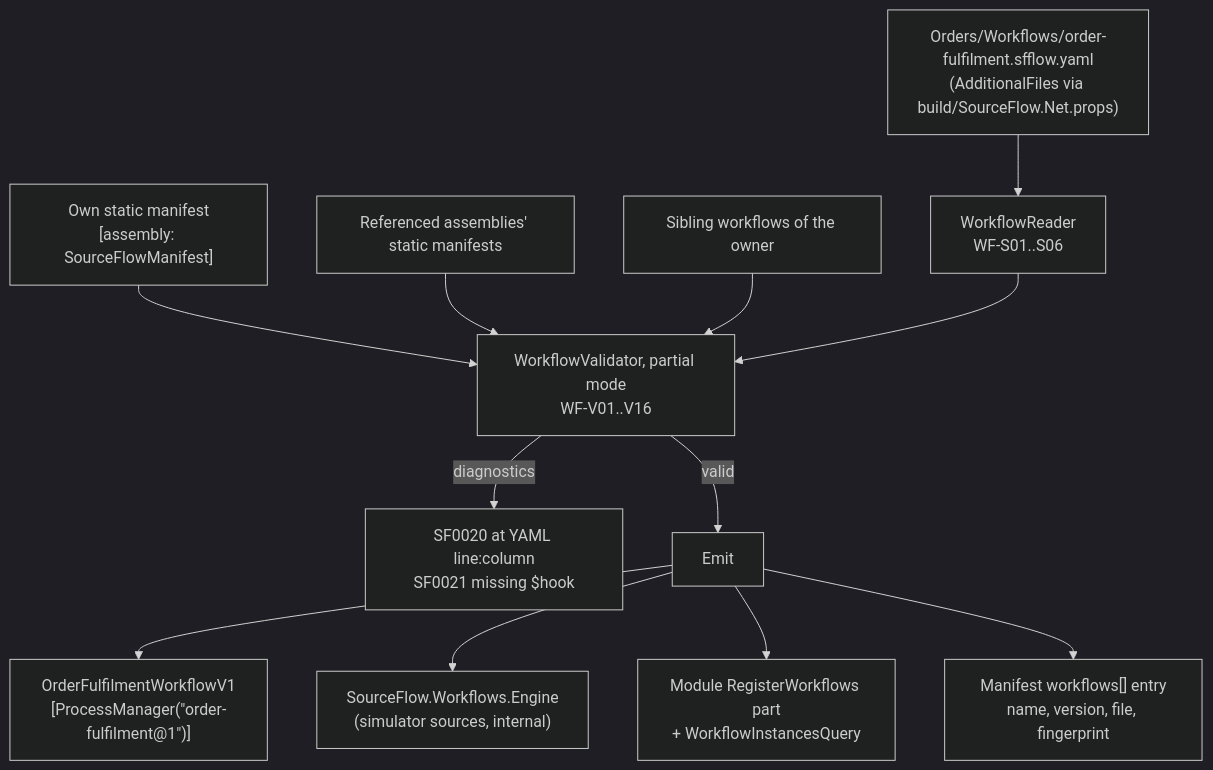
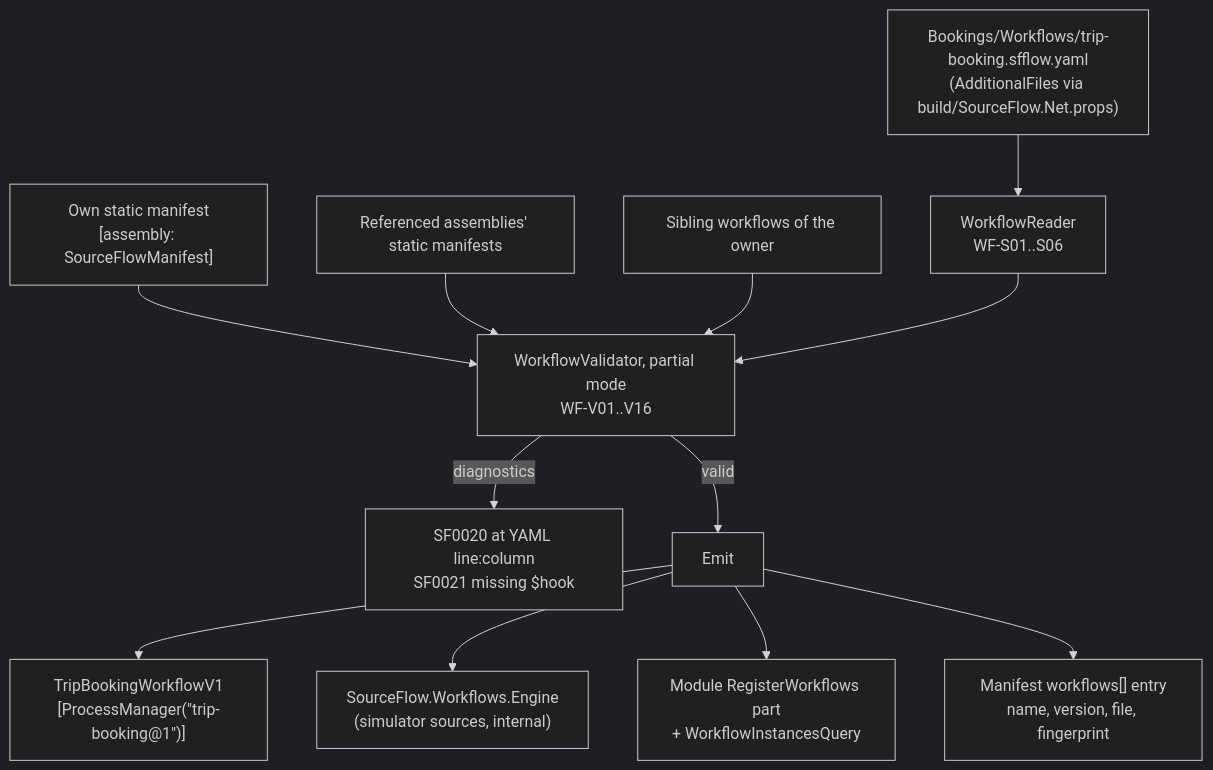
One commit to CodeShayk/SourceFlow.Net changed the third of 6 diagrams in docs/v3.0.0/Documentation/Architecture/09-Process-Managers-and-Workflows.md. Above: the diagram before and after it, drawn with Mermaid (dark theme). The commit also changed other lines of this file and 137 other files, not shown here.

````diff
--- a/docs/v3.0.0/Documentation/Architecture/09-Process-Managers-and-Workflows.md
+++ b/docs/v3.0.0/Documentation/Architecture/09-Process-Managers-and-Workflows.md
@@ -179,14 +179,14 @@
 ```mermaid
 flowchart TD
-    Y["Orders/Workflows/order-fulfilment.sfflow.yaml<br/>(AdditionalFiles via build/SourceFlow.Net.props)"] --> R["WorkflowReader<br/>WF-S01..S06"]
+    Y["Bookings/Workflows/trip-booking.sfflow.yaml<br/>(AdditionalFiles via build/SourceFlow.Net.props)"] --> R["WorkflowReader<br/>WF-S01..S06"]
     M1["Own static manifest<br/>[assembly: SourceFlowManifest]"] --> V
     M2["Referenced assemblies' static manifests"] --> V
     S["Sibling workflows of the owner"] --> V
     R --> V["WorkflowValidator, partial mode<br/>WF-V01..V16"]
     V -->|diagnostics| D["SF0020 at YAML line:column<br/>SF0021 missing $hook"]
     V -->|valid| E["Emit"]
-    E --> G1["OrderFulfilmentWorkflowV1<br/>[ProcessManager(#quot;order-fulfilment@1#quot;)]"]
+    E --> G1["TripBookingWorkflowV1<br/>[ProcessManager(#quot;trip-booking@1#quot;)]"]
     E --> G2["SourceFlow.Workflows.Engine<br/>(simulator sources, internal)"]
     E --> G3["Module RegisterWorkflows part<br/>+ WorkflowInstancesQuery"]
     E --> G4["Manifest workflows[] entry<br/>name, version, file, fingerprint"]
 ```
````
